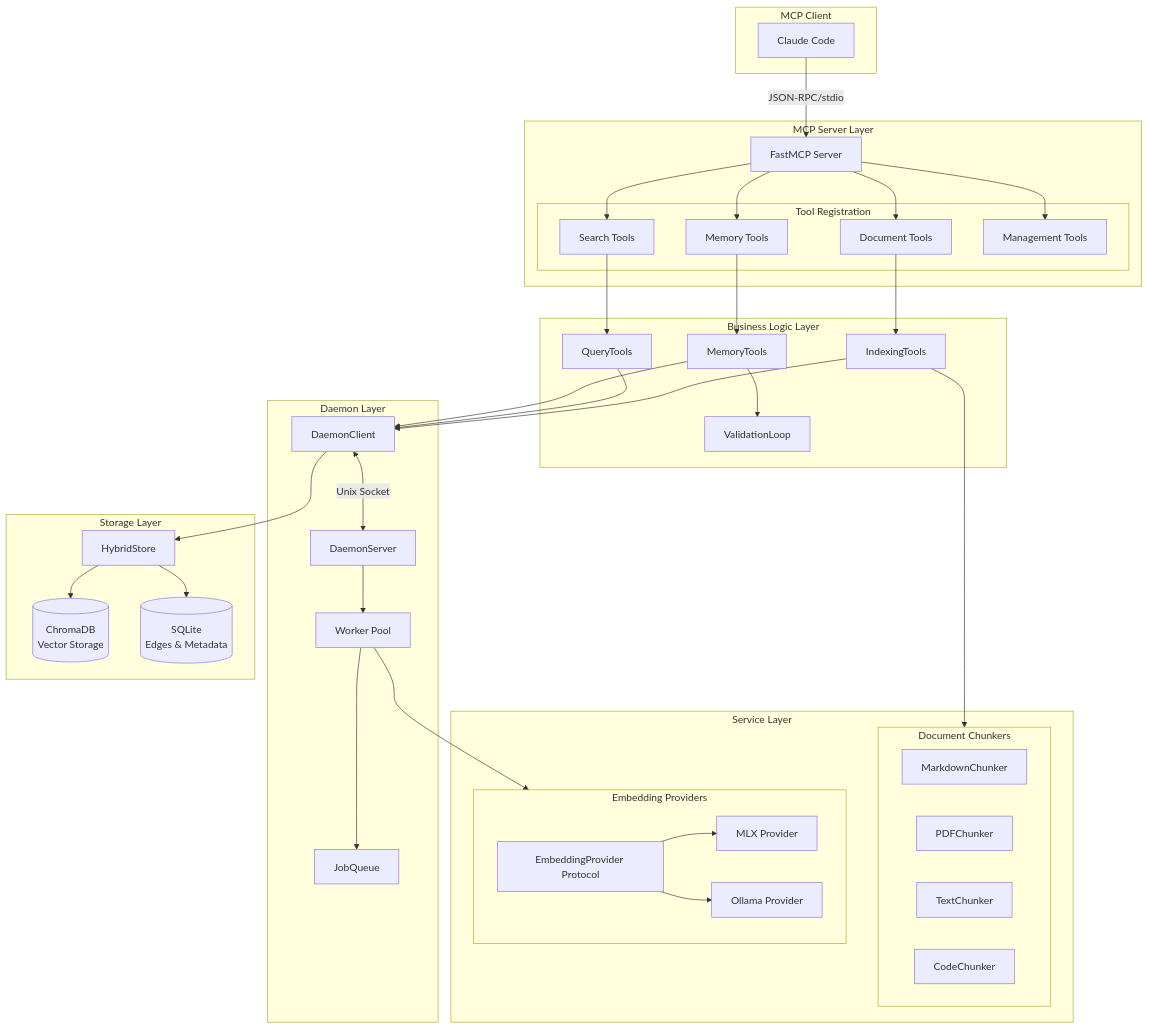
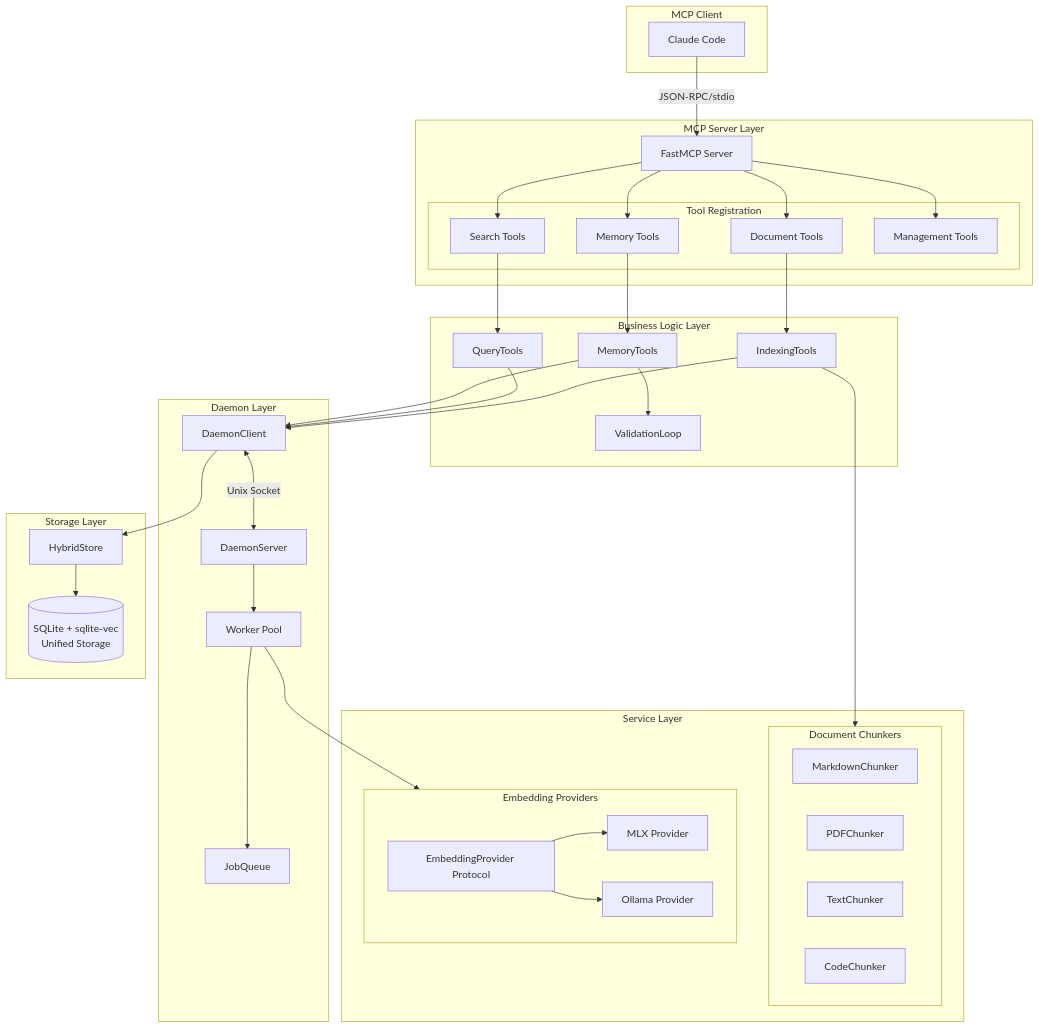
One commit to blueman82/theo changed the diagram in docs/architecture.md. Above: the diagram before and after it, drawn with Mermaid. The commit also changed other lines of this file and 4 other files, not shown here.

First line of the commit message:
docs: Update documentation for sqlite-vec migration

````diff
--- a/docs/architecture.md
+++ b/docs/architecture.md
@@ -105,72 +105,71 @@
 ```mermaid
 flowchart TB
     subgraph Client["MCP Client"]
         CC[Claude Code]
     end
 
     subgraph MCPServer["MCP Server Layer"]
         FM[FastMCP Server]
         subgraph Tools["Tool Registration"]
             DT[Document Tools]
             ST[Search Tools]
             MT[Memory Tools]
             MGT[Management Tools]
         end
     end
 
     subgraph Business["Business Logic Layer"]
         IT[IndexingTools]
         QT[QueryTools]
         MTools[MemoryTools]
         VL[ValidationLoop]
     end
 
     subgraph Daemon["Daemon Layer"]
         DC[DaemonClient]
         DS[DaemonServer]
         W[Worker Pool]
         JQ[JobQueue]
     end
 
     subgraph Services["Service Layer"]
         subgraph Chunkers["Document Chunkers"]
             MC[MarkdownChunker]
             PC[PDFChunker]
             TC[TextChunker]
             CodeC[CodeChunker]
         end
         subgraph Embedding["Embedding Providers"]
             EP[EmbeddingProvider Protocol]
             MLX[MLX Provider]
             OLL[Ollama Provider]
         end
     end
 
     subgraph Storage["Storage Layer"]
         HS[HybridStore]
-        CDB[(ChromaDB<br/>Vector Storage)]
-        SQL[(SQLite<br/>Edges & Metadata)]
+        SQL[(SQLite + sqlite-vec<br/>Unified Storage)]
     end
 
     CC -->|JSON-RPC/stdio| FM
     FM --> DT & ST & MT & MGT
     DT --> IT
     ST --> QT
     MT --> MTools
     MTools --> VL
 
     IT --> DC
     QT --> DC
     MTools --> DC
 
     DC <-->|Unix Socket| DS
     DS --> W
     W --> JQ
 
     IT --> Chunkers
     W --> Embedding
     EP --> MLX & OLL
 
     DC --> HS
-    HS --> CDB & SQL
+    HS --> SQL
 ```
````
